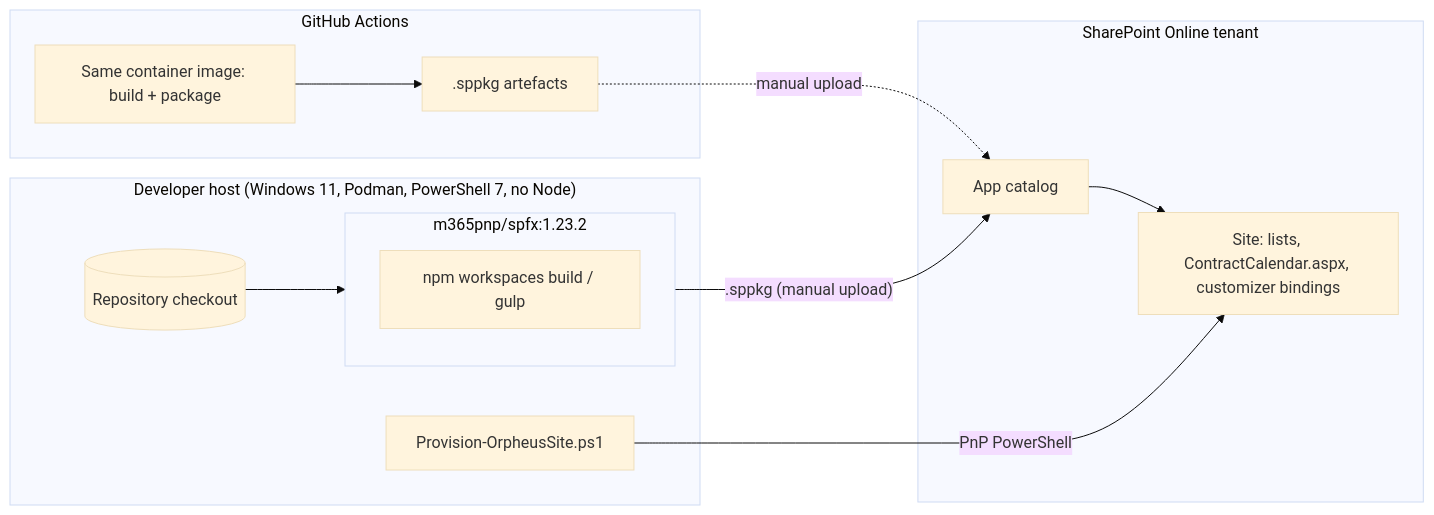
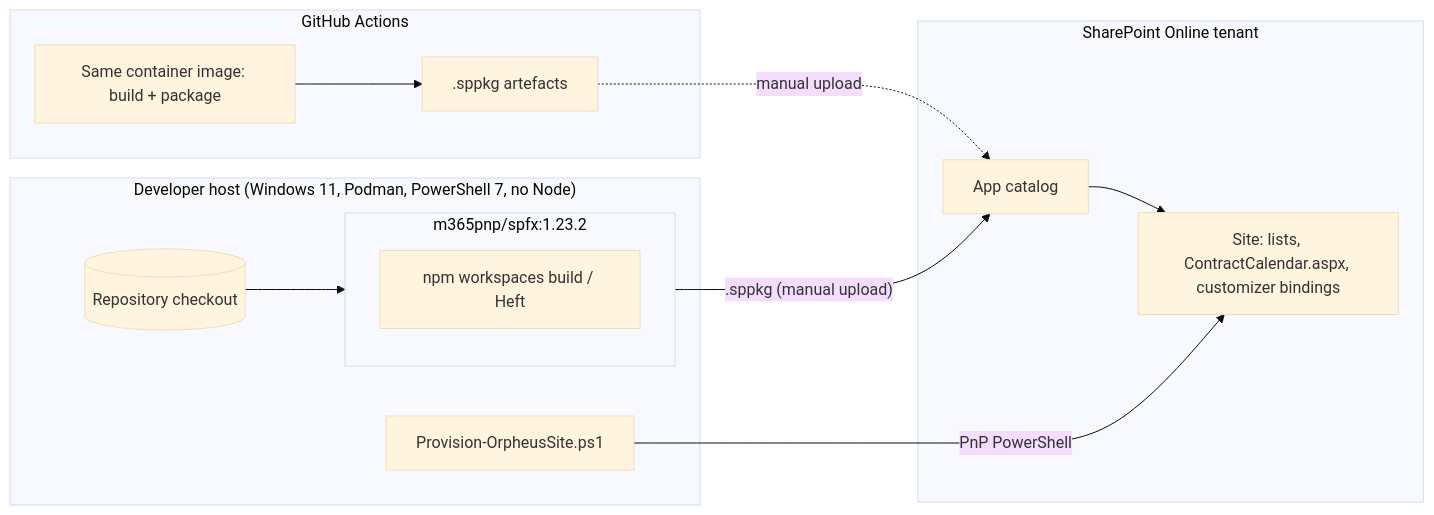
The first of 2 diagrams in architecture/05-phase-d-technology-architecture.md (Sartor87/orpheus-systems-sharepoint), drawn with Mermaid (base theme) before and after one commit. The commit also changed other lines of this file and 7 other files, not shown here.

First line of the commit message:
docs(architecture): phase documents cover the HTML template and the agent

````diff
--- a/architecture/05-phase-d-technology-architecture.md
+++ b/architecture/05-phase-d-technology-architecture.md
@@ -50,24 +70,24 @@
 ```mermaid
 flowchart LR
   subgraph Host["Developer host (Windows 11, Podman, PowerShell 7, no Node)"]
     Repo[(Repository checkout)]
     PS[Provision-OrpheusSite.ps1]
     subgraph Container["m365pnp/spfx:1.23.2"]
-      NPM[npm workspaces build / gulp]
+      NPM[npm workspaces build / Heft]
     end
     Repo --> Container
   end
   subgraph CI["GitHub Actions"]
     CIC["Same container image: build + package"]
     ART[".sppkg artefacts"]
     CIC --> ART
   end
   subgraph Tenant["SharePoint Online tenant"]
     AC[App catalog]
     Site["Site: lists, ContractCalendar.aspx, customizer bindings"]
     AC --> Site
   end
   Container -- ".sppkg (manual upload)" --> AC
   ART -. "manual upload" .-> AC
   PS -- "PnP PowerShell" --> Site
 ```
````
